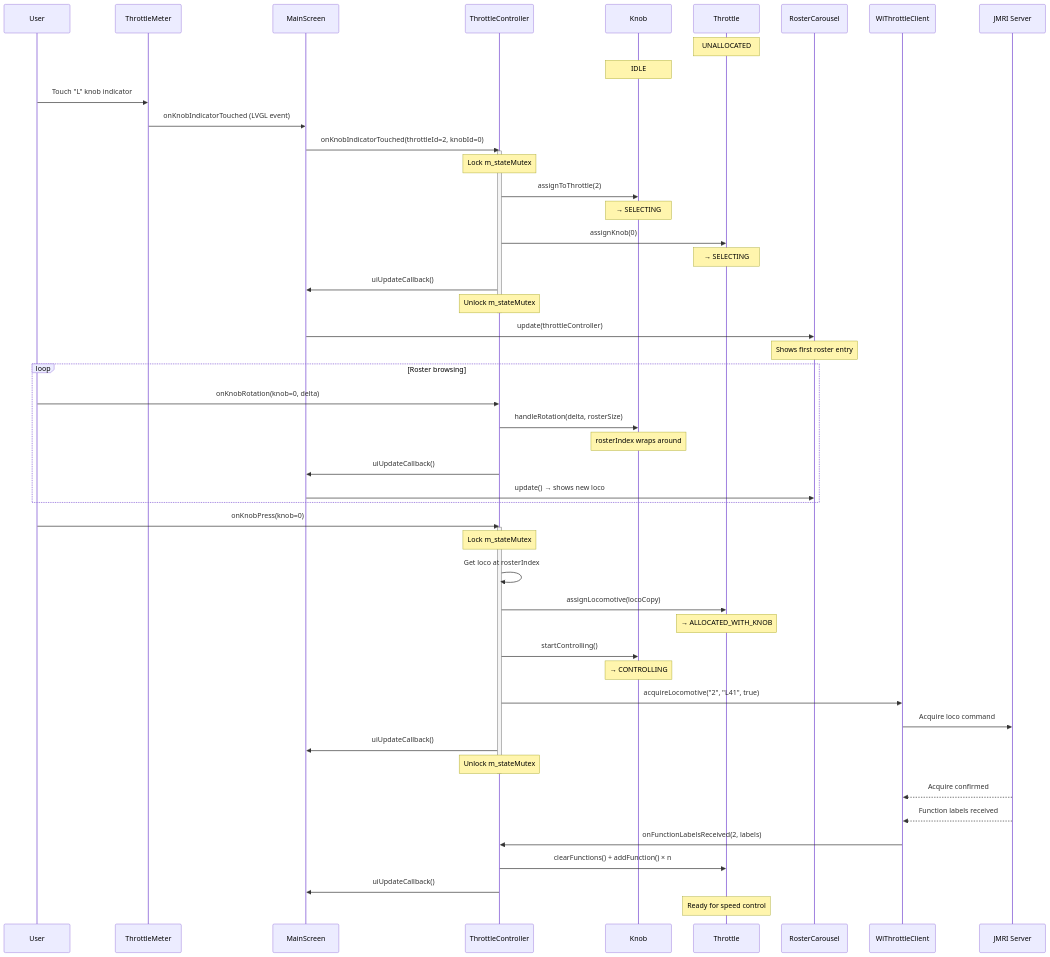
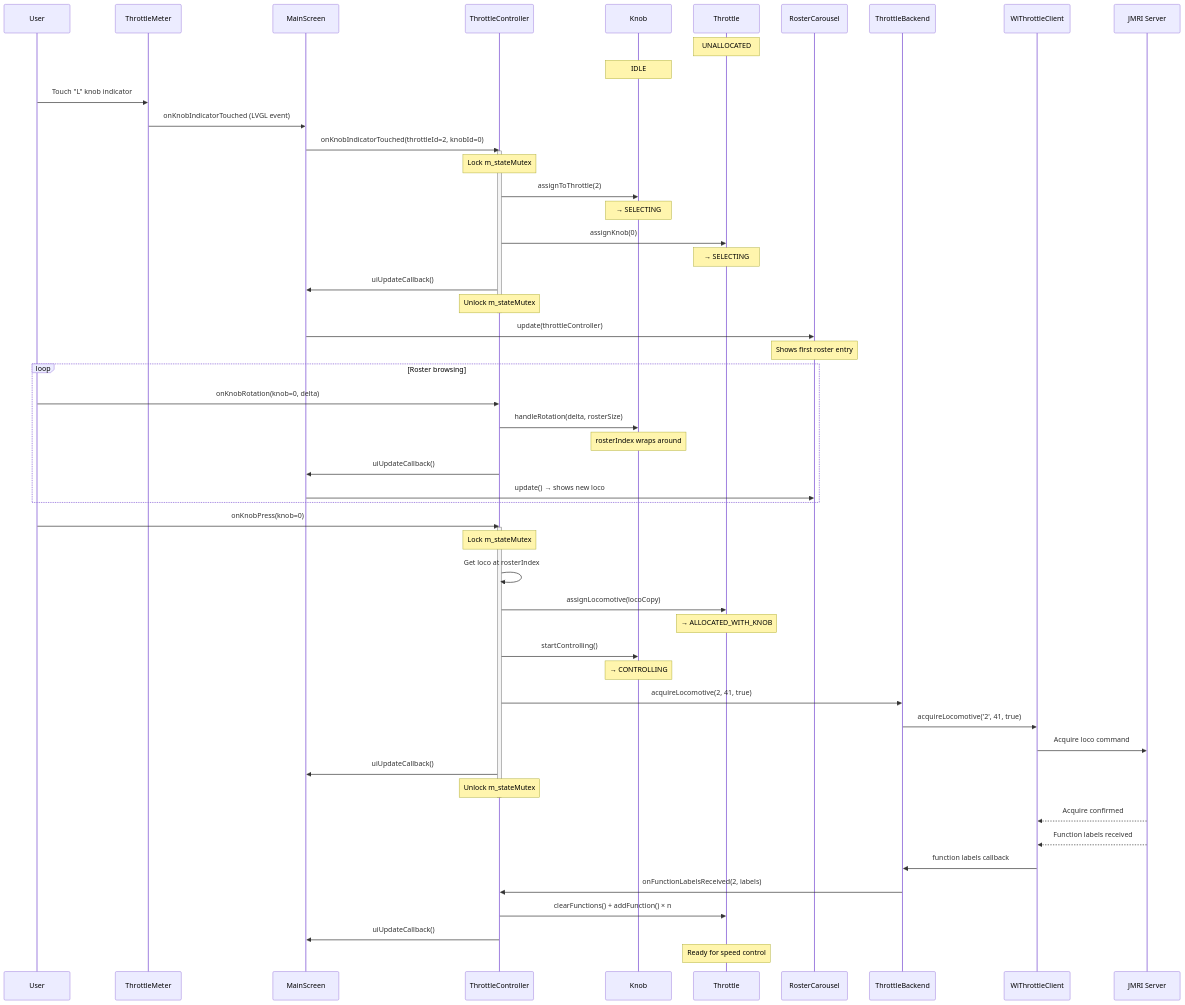
The first of 3 diagrams in docs/flows/THROTTLE_SELECTION.md (bazauto/esp-layout-controller), drawn with Mermaid before and after one commit. The commit also changed 19 other files, not shown here.

````diff
--- a/docs/flows/THROTTLE_SELECTION.md
+++ b/docs/flows/THROTTLE_SELECTION.md
@@ -11,65 +11,68 @@
 ```mermaid
 sequenceDiagram
     participant User
     participant TM as ThrottleMeter
     participant MS as MainScreen
     participant TC as ThrottleController
     participant K as Knob
     participant T as Throttle
     participant RC as RosterCarousel
+    participant TB as ThrottleBackend
     participant WT as WiThrottleClient
     participant JMRI as JMRI Server
 
     Note over T: UNALLOCATED
     Note over K: IDLE
 
     User->>TM: Touch "L" knob indicator
     TM->>MS: onKnobIndicatorTouched (LVGL event)
     MS->>TC: onKnobIndicatorTouched(throttleId=2, knobId=0)
 
     activate TC
     Note over TC: Lock m_stateMutex
     TC->>K: assignToThrottle(2)
     Note over K: → SELECTING
     TC->>T: assignKnob(0)
     Note over T: → SELECTING
     TC->>MS: uiUpdateCallback()
     Note over TC: Unlock m_stateMutex
     deactivate TC
 
     MS->>RC: update(throttleController)
     Note over RC: Shows first roster entry
 
     loop Roster browsing
         User->>TC: onKnobRotation(knob=0, delta)
         TC->>K: handleRotation(delta, rosterSize)
         Note over K: rosterIndex wraps around
         TC->>MS: uiUpdateCallback()
         MS->>RC: update() → shows new loco
     end
 
     User->>TC: onKnobPress(knob=0)
     activate TC
     Note over TC: Lock m_stateMutex
 
     TC->>TC: Get loco at rosterIndex
     TC->>T: assignLocomotive(locoCopy)
     Note over T: → ALLOCATED_WITH_KNOB
     TC->>K: startControlling()
     Note over K: → CONTROLLING
 
-    TC->>WT: acquireLocomotive("2", "L41", true)
+    TC->>TB: acquireLocomotive(2, 41, true)
+    TB->>WT: acquireLocomotive('2', 41, true)
     WT->>JMRI: Acquire loco command
 
     TC->>MS: uiUpdateCallback()
     Note over TC: Unlock m_stateMutex
     deactivate TC
 
     JMRI-->>WT: Acquire confirmed
     JMRI-->>WT: Function labels received
-    WT->>TC: onFunctionLabelsReceived(2, labels)
+    WT->>TB: function labels callback
+    TB->>TC: onFunctionLabelsReceived(2, labels)
     TC->>T: clearFunctions() + addFunction() × n
     TC->>MS: uiUpdateCallback()
 
     Note over T: Ready for speed control
 ```
````
